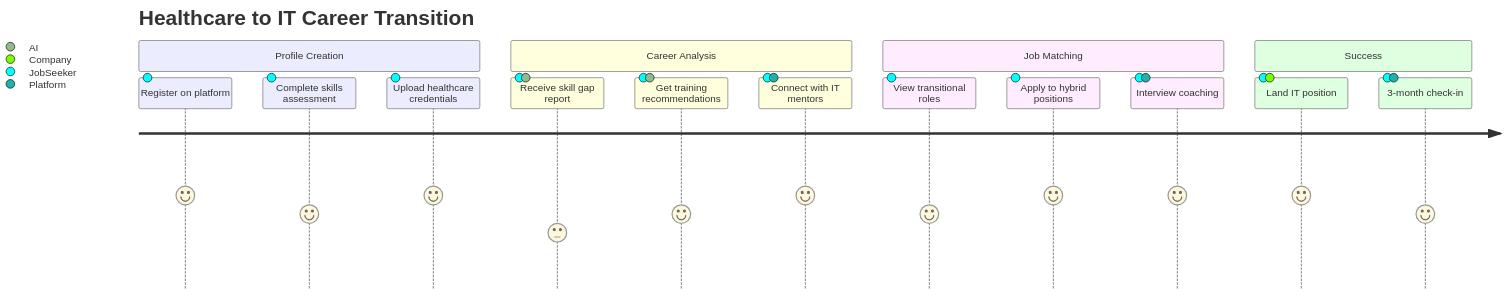
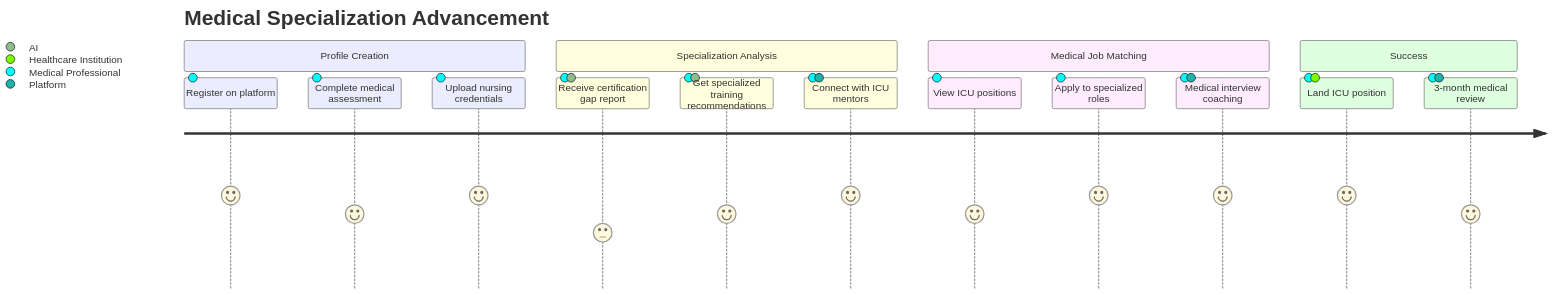
Before and after one commit to 3Stones-io/bemeda_personal: the first of 13 diagrams in docs/requirements-analysis/user-stories.md, drawn with Mermaid. The commit also changed other lines of this file and 5 other files, not shown here.

First line of the commit message:
Update documentation with medical sector specialization and Grok enhancements

````diff
--- a/docs/requirements-analysis/user-stories.md
+++ b/docs/requirements-analysis/user-stories.md
@@ -35,19 +39,19 @@
 ```mermaid
 journey
-    title Healthcare to IT Career Transition
+    title Medical Specialization Advancement
     section Profile Creation
-      Register on platform: 5: JobSeeker
-      Complete skills assessment: 4: JobSeeker
-      Upload healthcare credentials: 5: JobSeeker
-    section Career Analysis
-      Receive skill gap report: 3: JobSeeker, AI
-      Get training recommendations: 4: JobSeeker, AI
-      Connect with IT mentors: 5: JobSeeker, Platform
-    section Job Matching
-      View transitional roles: 4: JobSeeker
-      Apply to hybrid positions: 5: JobSeeker
-      Interview coaching: 5: JobSeeker, Platform
+      Register on platform: 5: Medical Professional
+      Complete medical assessment: 4: Medical Professional
+      Upload nursing credentials: 5: Medical Professional
+    section Specialization Analysis
+      Receive certification gap report: 3: Medical Professional, AI
+      Get specialized training recommendations: 4: Medical Professional, AI
+      Connect with ICU mentors: 5: Medical Professional, Platform
+    section Medical Job Matching
+      View ICU positions: 4: Medical Professional
+      Apply to specialized roles: 5: Medical Professional
+      Medical interview coaching: 5: Medical Professional, Platform
     section Success
-      Land IT position: 5: JobSeeker, Company
-      3-month check-in: 4: JobSeeker, Platform
+      Land ICU position: 5: Medical Professional, Healthcare Institution
+      3-month medical review: 4: Medical Professional, Platform
 ```
````
